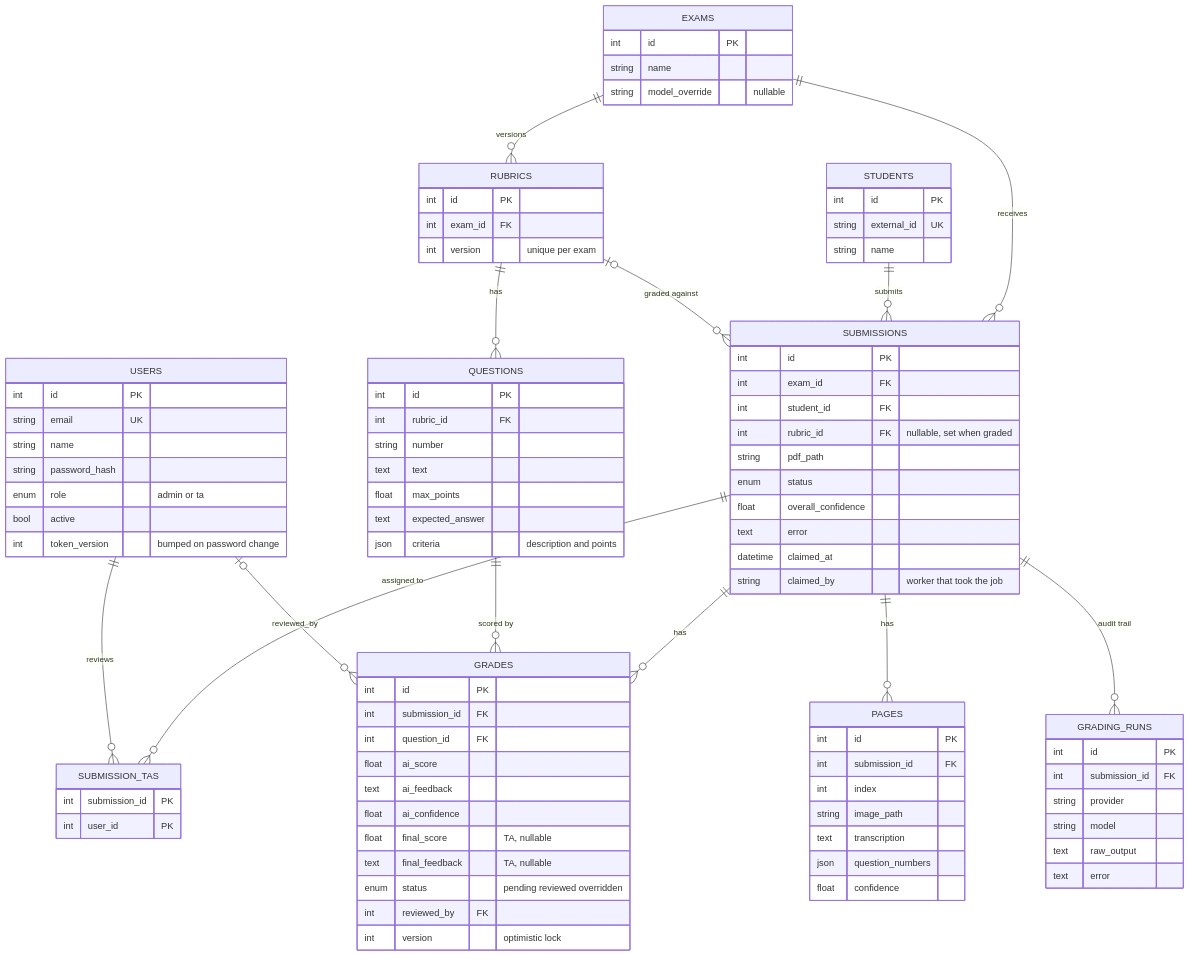
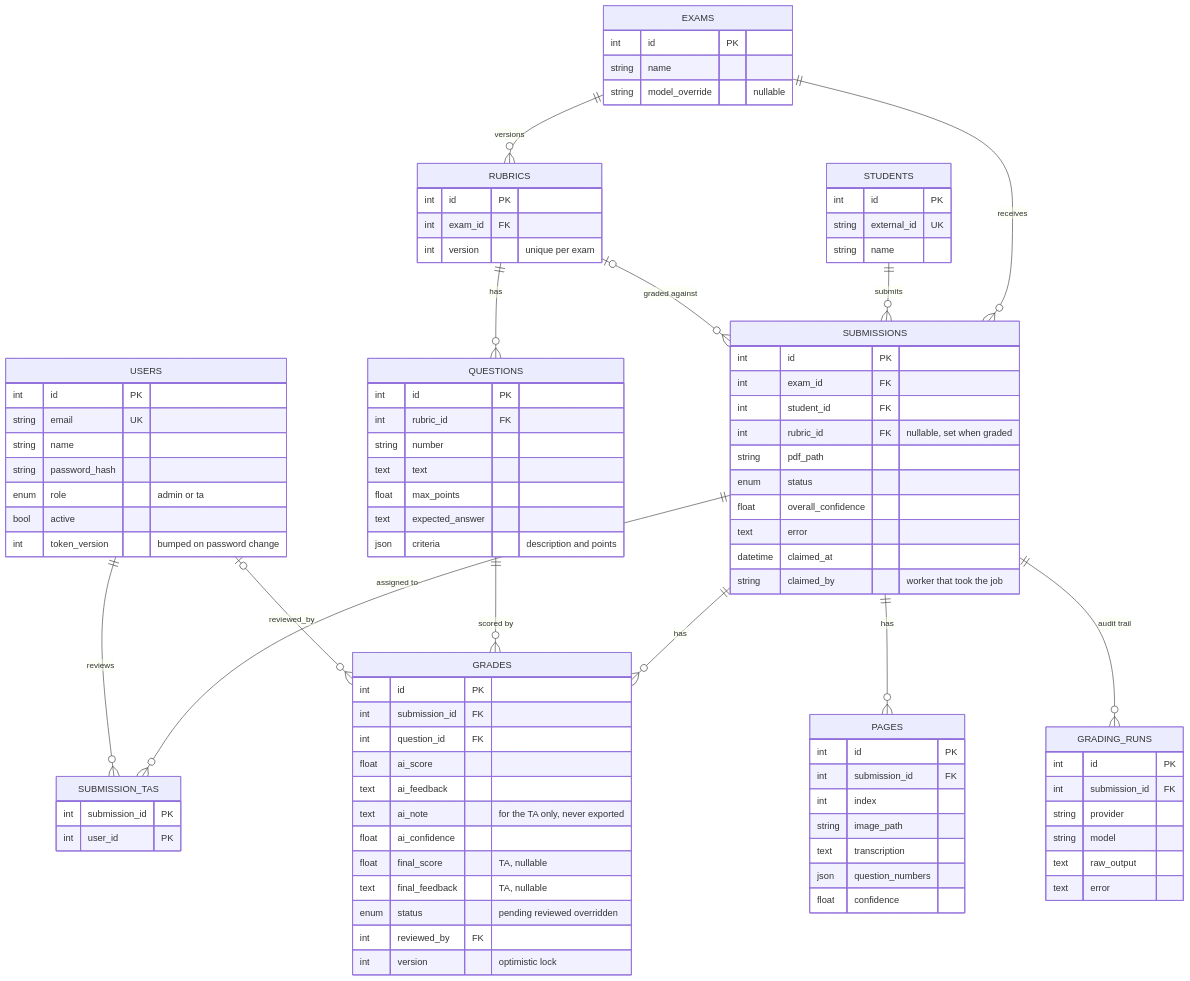
One commit to achintya-labs/AIPaperCorrection changed the second of 3 diagrams in docs/architecture.md. Above: the diagram before and after it, drawn with Mermaid. The commit also changed 29 other files, not shown here.

```diff
--- a/docs/architecture.md
+++ b/docs/architecture.md
@@ -142,6 +142,7 @@
         int question_id FK
         float ai_score
         text ai_feedback
+        text ai_note "for the TA only, never exported"
         float ai_confidence
         float final_score "TA, nullable"
         text final_feedback "TA, nullable"
```
